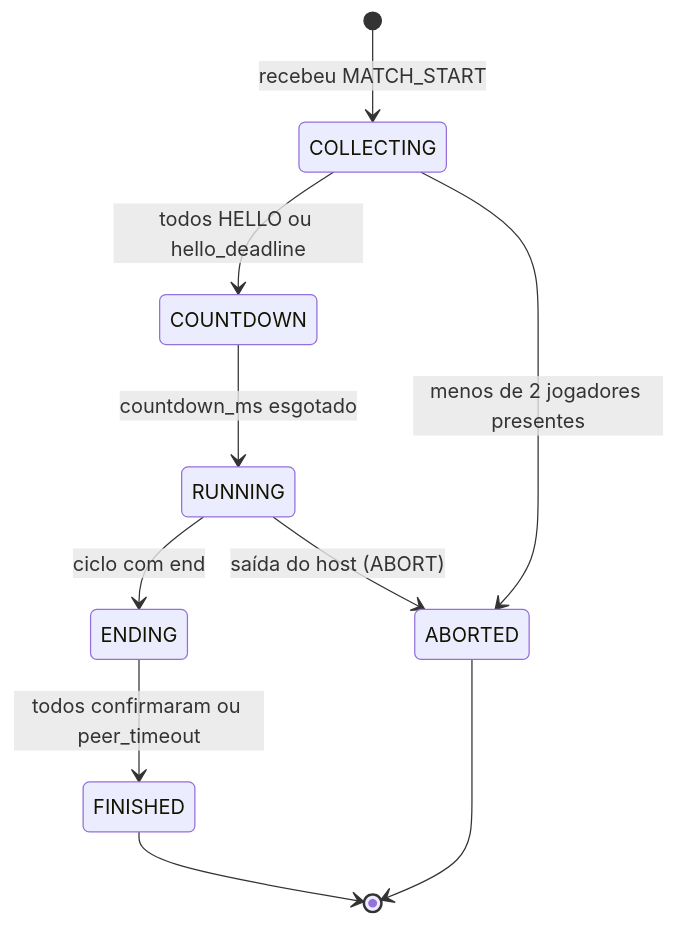
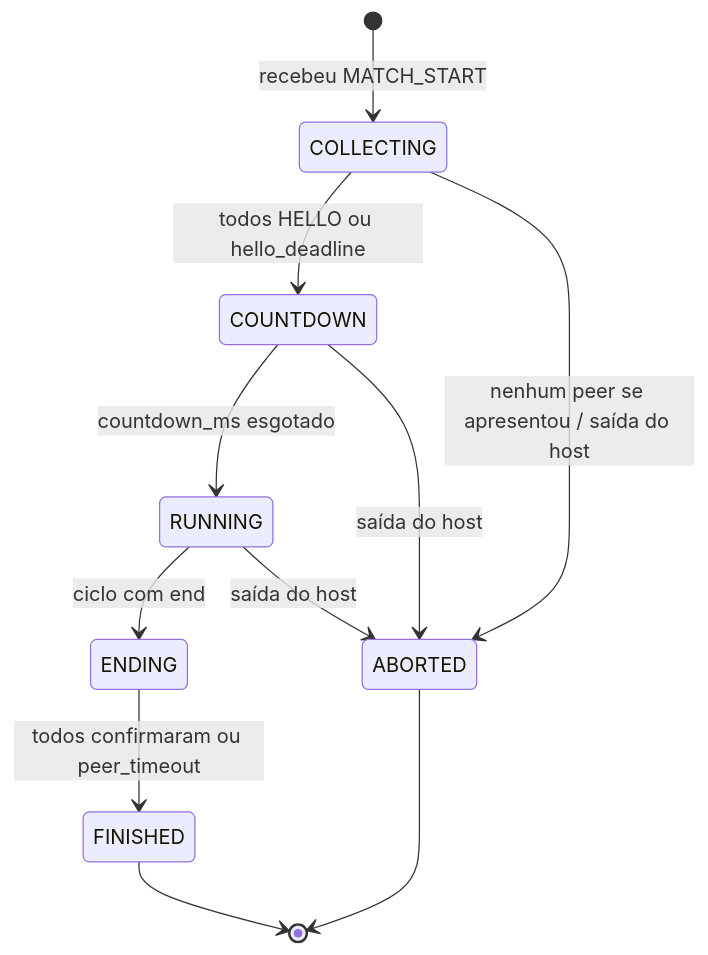
Before and after one commit to Wmatheus-xavier/DualNode: the fourth of 4 diagrams in README.md, drawn with Mermaid. The commit also changed other lines of this file, not shown here.

````diff
--- a/README.md
+++ b/README.md
@@ -367,12 +397,13 @@
 ```mermaid
 stateDiagram-v2
     [*] --> COLLECTING: recebeu MATCH_START
     COLLECTING --> COUNTDOWN: todos HELLO ou hello_deadline
     COUNTDOWN --> RUNNING: countdown_ms esgotado
     RUNNING --> ENDING: ciclo com end
     ENDING --> FINISHED: todos confirmaram ou peer_timeout
-    COLLECTING --> ABORTED: menos de 2 jogadores presentes
-    RUNNING --> ABORTED: saída do host (ABORT)
+    COLLECTING --> ABORTED: nenhum peer se apresentou / saída do host
+    COUNTDOWN --> ABORTED: saída do host
+    RUNNING --> ABORTED: saída do host
     FINISHED --> [*]
     ABORTED --> [*]
 ```
````
